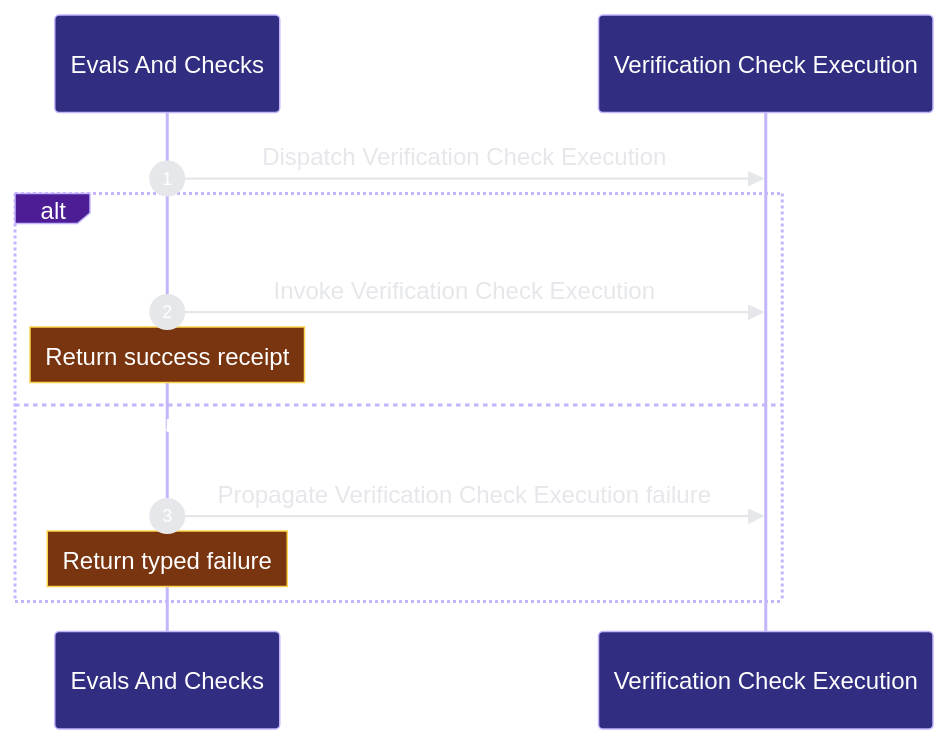
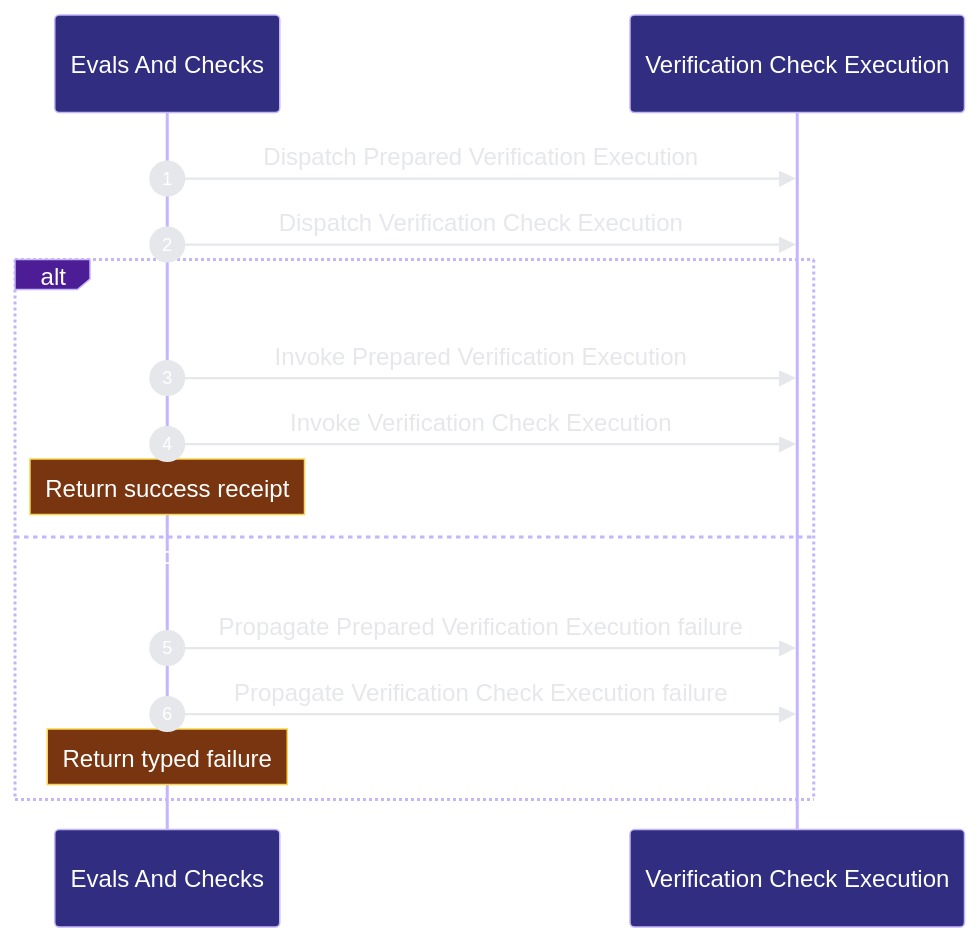
One commit to Ancienttwo/repo-harness changed the second of 2 diagrams in docs/architecture/modules/verification/evals-checks.md. Above: the diagram before and after it, drawn with Mermaid. The commit also changed other lines of this file and 27 other files, not shown here.

First line of the commit message:
chore(projection): refresh generated architecture outputs for main@bbf18043e43e

````diff
--- a/docs/architecture/modules/verification/evals-checks.md
+++ b/docs/architecture/modules/verification/evals-checks.md
@@ -116,15 +117,18 @@
 ```mermaid
 %%{init: {"theme":"base","themeVariables":{"background":"#0d1117","actorBkg":"#312e81","actorBorder":"#c4b5fd","actorTextColor":"#ffffff","signalColor":"#e5e7eb","signalTextColor":"#e5e7eb","labelBoxBkgColor":"#4c1d95","labelBoxBorderColor":"#c4b5fd","labelTextColor":"#ffffff","noteBkgColor":"#78350f","noteBorderColor":"#fcd34d","noteTextColor":"#ffffff","sequenceNumberColor":"#ffffff"}}}%%
 sequenceDiagram
   autonumber
   participant p2_capability_4262990f as Evals And Checks
   participant p2_component_7b8d80ff as Verification Check Execution
+  p2_capability_4262990f->>p2_component_7b8d80ff: Dispatch Prepared Verification Execution
   p2_capability_4262990f->>p2_component_7b8d80ff: Dispatch Verification Check Execution
   alt Execute a declared verification check completes
+  p2_capability_4262990f->>p2_component_7b8d80ff: Invoke Prepared Verification Execution
   p2_capability_4262990f->>p2_component_7b8d80ff: Invoke Verification Check Execution
     Note over p2_capability_4262990f: Return success receipt
   else Execute a declared verification check is rejected or fails
+  p2_capability_4262990f->>p2_component_7b8d80ff: Propagate Prepared Verification Execution failure
   p2_capability_4262990f->>p2_component_7b8d80ff: Propagate Verification Check Execution failure
     Note over p2_capability_4262990f: Return typed failure
   end
 ```
````
